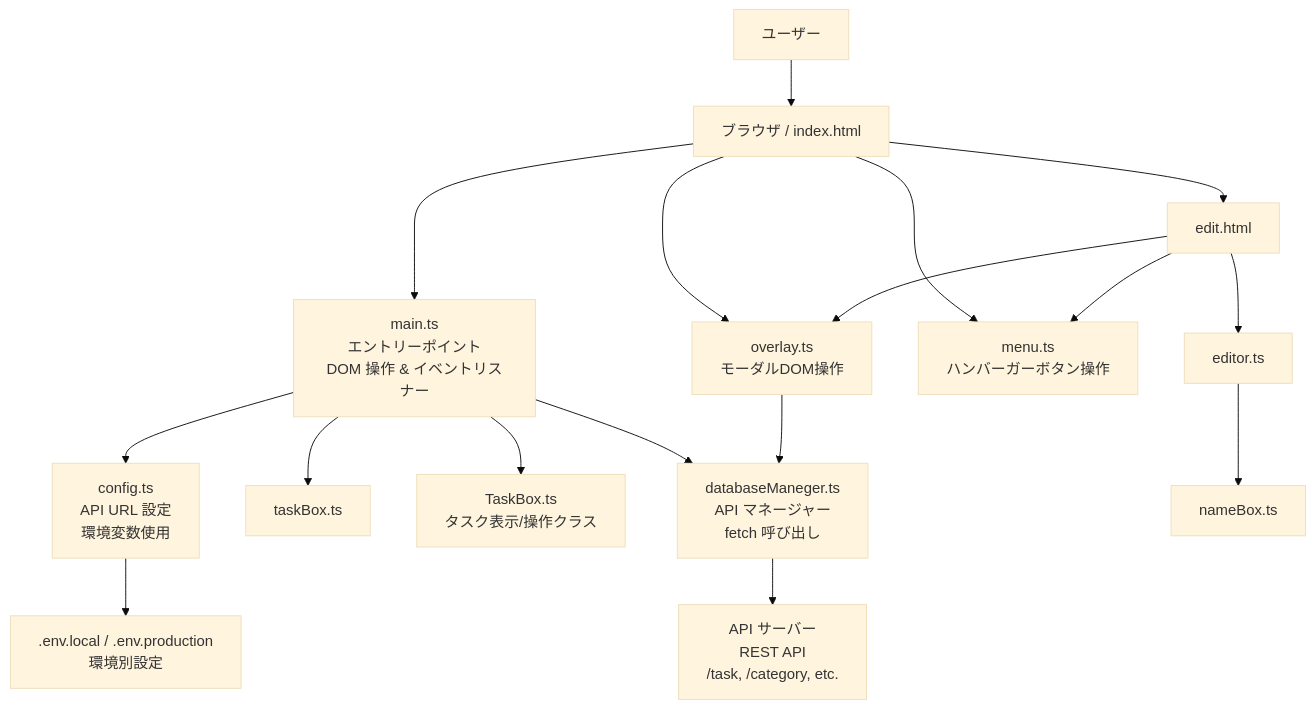
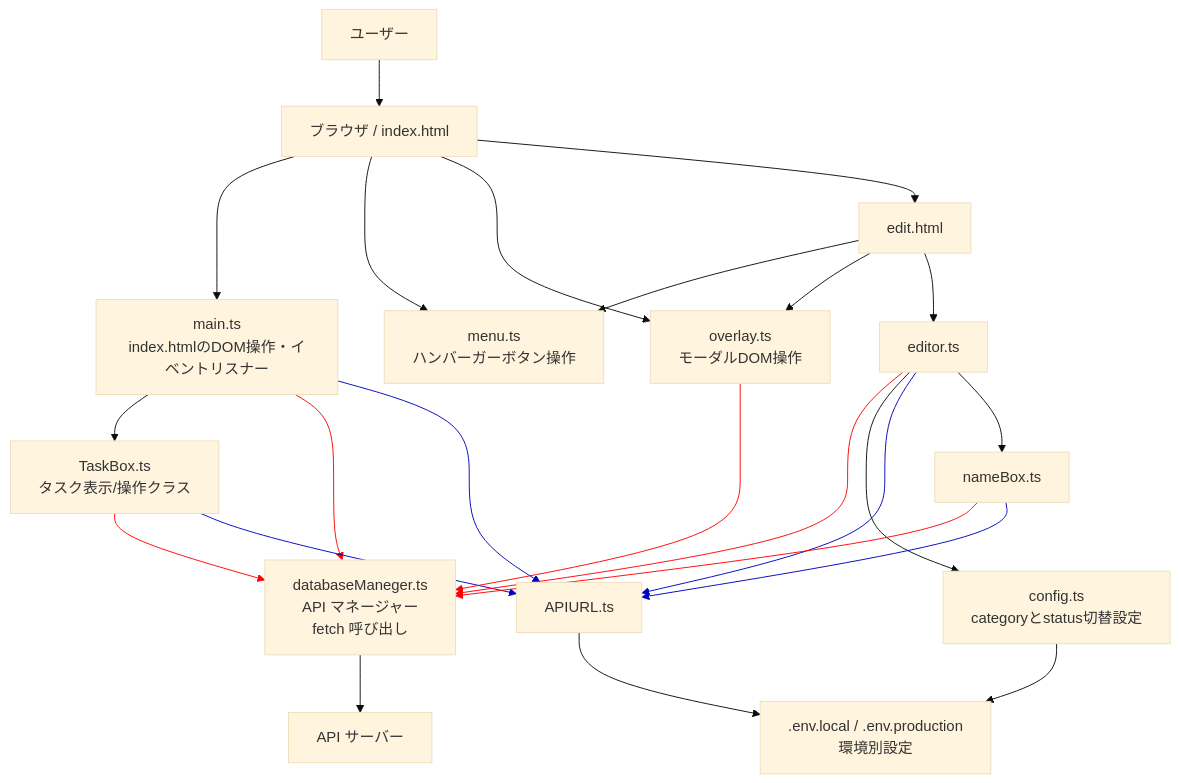
The diagram in frontend-vite/doc/architecture.md (TaroHubee/ToDoApp), drawn with Mermaid (base theme) before and after one commit. The commit also changed 8 other files, not shown here.

````diff
--- a/frontend-vite/doc/architecture.md
+++ b/frontend-vite/doc/architecture.md
@@ -1,21 +1,39 @@
 ```mermaid
 flowchart TD
     A[ユーザー] --> B[ブラウザ / index.html]
-    B --> C[main.ts<br>エントリーポイント<br>DOM 操作 & イベントリスナー]
+    B --> C[main.ts<br>index.htmlのDOM操作・イベントリスナー]
+    B --> K[menu.ts<br> ハンバーガーボタン操作]
     B --> L[overlay.ts<br>モーダルDOM操作]
-    B --> K[menu.ts<br> ハンバーガーボタン操作]
-    C --> G[config.ts<br>API URL 設定<br>環境変数使用]
-    C --> H[taskBox.ts]
+    B --> M[edit.html]
     C --> D[TaskBox.ts<br>タスク表示/操作クラス]
     C --> E[databaseManeger.ts<br>API マネージャー<br>fetch 呼び出し]
+    C --> H[APIURL.ts]
+    D --> E
+    D --> H
+    E --> F[API サーバー]
+    G --> J[.env.local / .env.production<br>環境別設定]
     L --> E
-    E --> F[API サーバー<br>REST API<br>/task, /category, etc.]
-    G --> J[.env.local / .env.production<br>環境別設定]
-
-    B --> M[edit.html]
-    M --> N[editor.ts]
     M --> K
     M --> L
+    M --> N[editor.ts]
+    N --> E
+    N --> G[config.ts<br>categoryとstatus切替設定]
+    N --> H
     N --> O[nameBox.ts]
+    O --> E
+    O --> H
+    H --> J
+    
+
+    linkStyle 6 stroke:#ff0000
+    linkStyle 8 stroke:#ff0000
+    linkStyle 12 stroke:#ff0000
+    linkStyle 16 stroke:#ff0000
+    linkStyle 20 stroke:#ff0000
+
+    linkStyle 7 stroke:#0000bb
+    linkStyle 9 stroke:#0000bb
+    linkStyle 18 stroke:#0000bb
+    linkStyle 21 stroke:#0000bb
     
 ```
````
